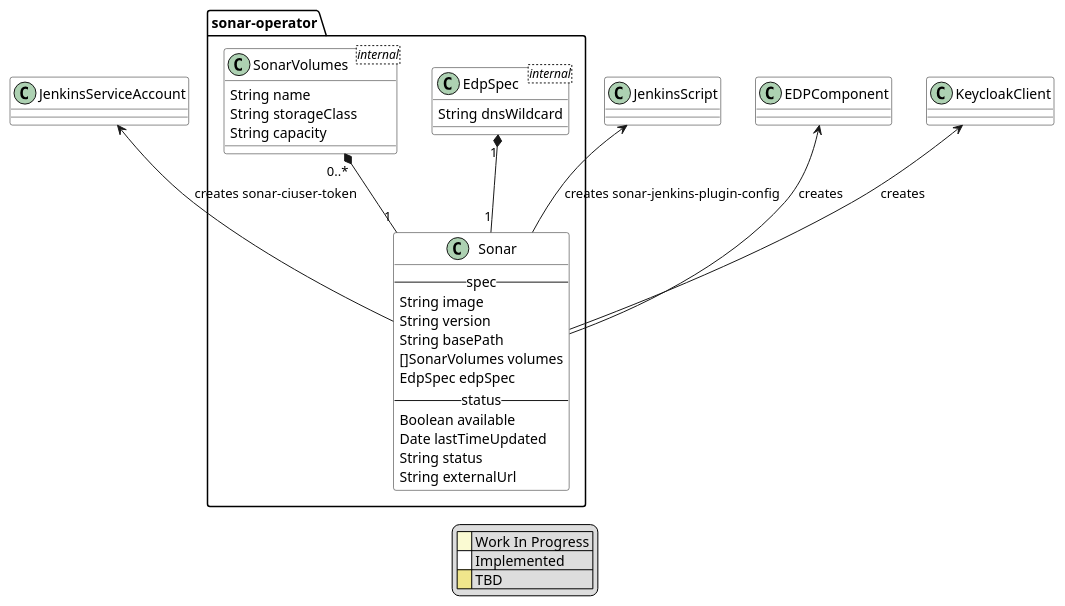
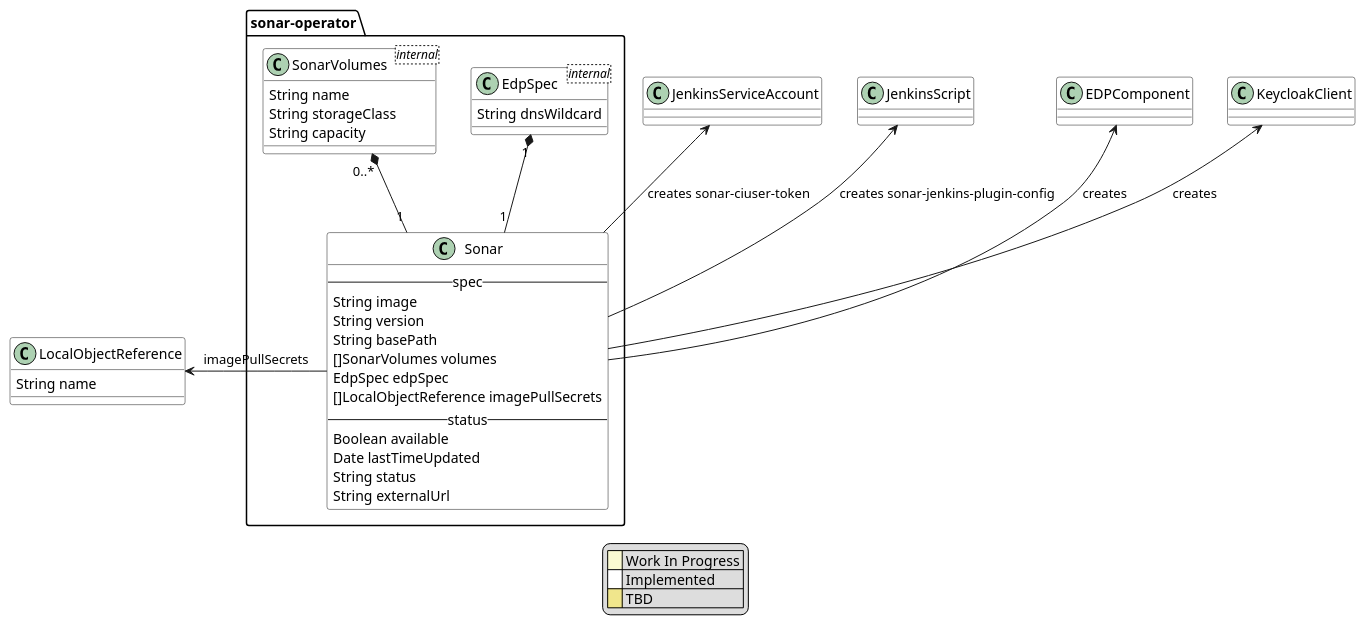
Before and after one commit to epam/edp-sonar-operator: the diagram in documentation/puml/arch.puml, drawn with PlantUML.

Commit message:
[ARCH] Add imagePullSecret field to Sonar CR arch diagram

```diff
--- a/documentation/puml/arch.puml
+++ b/documentation/puml/arch.puml
@@ -1,49 +1,53 @@
 @startuml
 
 skinparam class {
     BackgroundColor #white
 	BackgroundColor<<wip>> LightGoldenRodYellow
 	BackgroundColor<<tbd>> Khaki
 }
 
 package sonar-operator {
     class Sonar {
         -- spec --
         String image
         String version
         String basePath
         []SonarVolumes volumes
         EdpSpec edpSpec
+        []LocalObjectReference imagePullSecrets
         -- status --
         Boolean available
         Date lastTimeUpdated
         String status
         String externalUrl
     }
 
     EdpSpec "1" *-- "1" Sonar
     class EdpSpec <internal> {
         String dnsWildcard
     }
 
     SonarVolumes "0..*" *-- "1" Sonar
     class SonarVolumes <internal> {
         String name
         String storageClass
         String capacity
     }
 }
 
-
+class LocalObjectReference {
+    String name
+}
+Sonar -l-> LocalObjectReference : imagePullSecrets
 JenkinsServiceAccount <-d- Sonar : creates sonar-ciuser-token
 JenkinsScript <-d- Sonar : creates sonar-jenkins-plugin-config
 EDPComponent <-d- Sonar : creates
 KeycloakClient <-d- Sonar : creates
 
 legend
 |<back:LightGoldenRodYellow>    </back>| Work In Progress |
 |<back:White>    </back>| Implemented |
 |<back:Khaki>    </back>| TBD |
 endlegend
 
 @enduml
```
